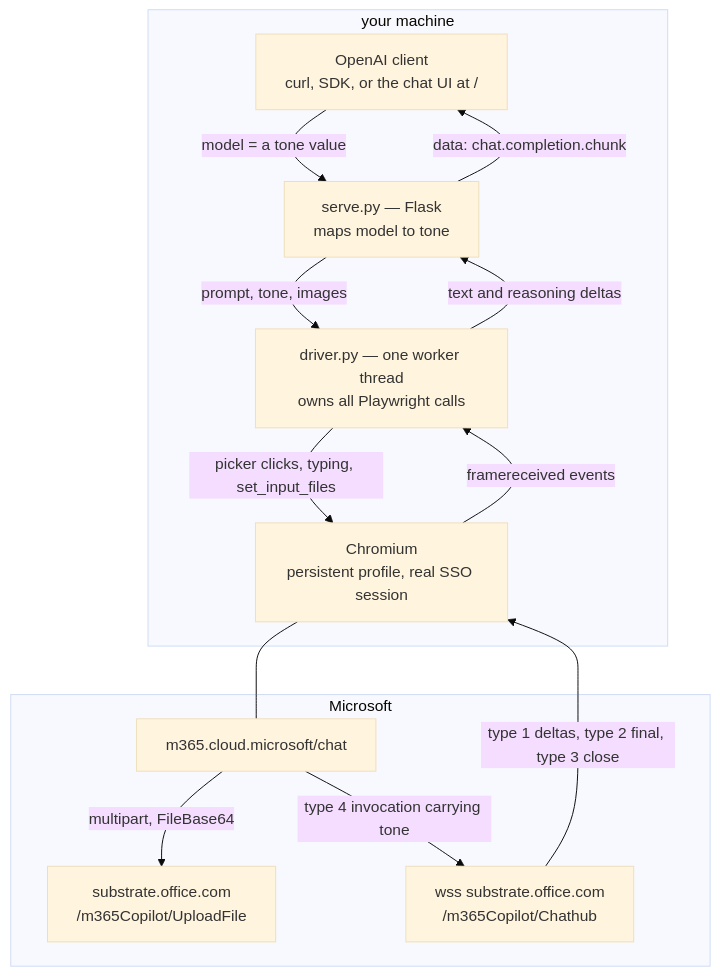
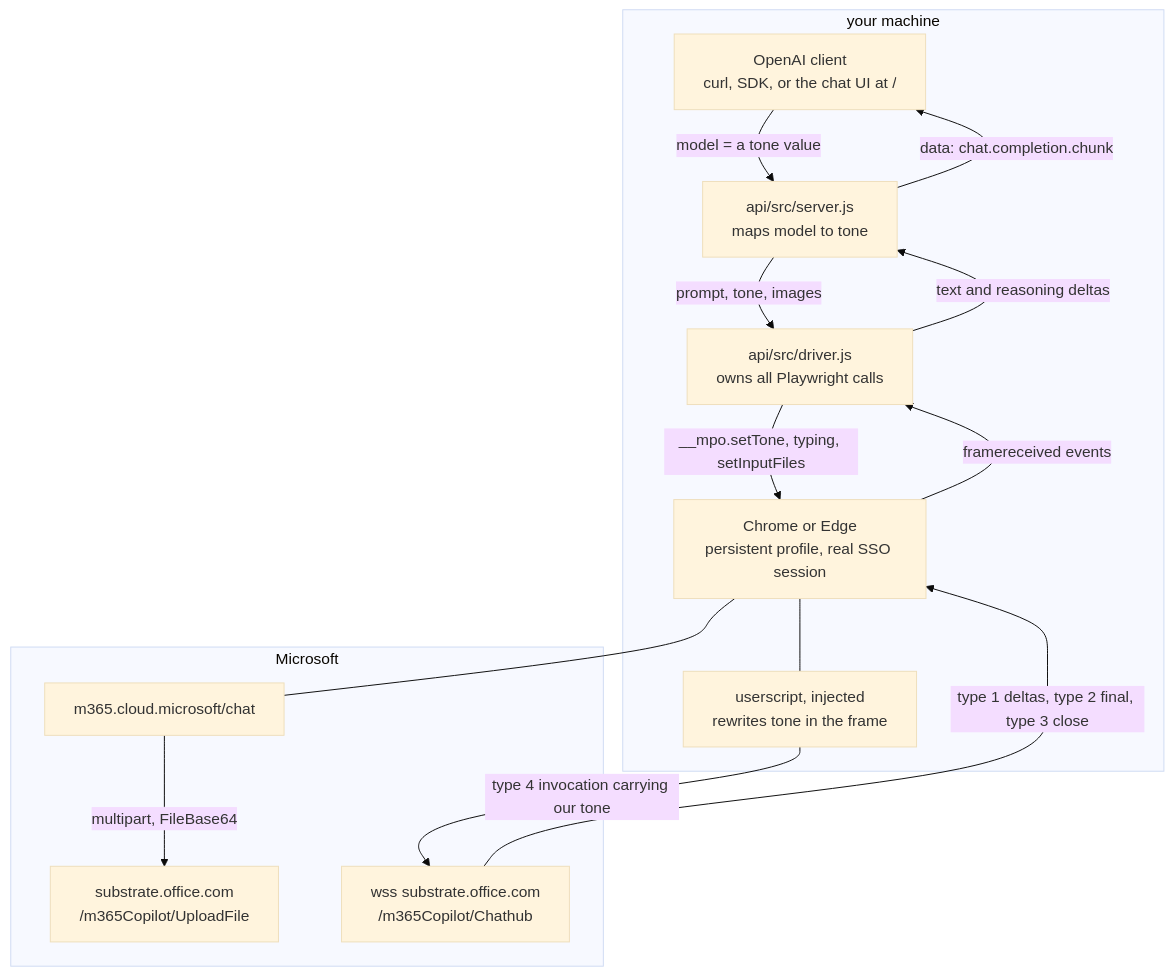
The first of 3 diagrams in README.md (aweussom/i-want-my-model-picker-back), drawn with Mermaid (base theme) before and after one commit. The commit also changed other lines of this file and 20 other files, not shown here.

First line of the commit message:
Pick the model on the wire with a userscript, and drop the installer

````diff
--- a/README.md
+++ b/README.md
@@ -111,25 +79,27 @@
 ```mermaid
 flowchart TB
     subgraph local["your machine"]
         client["OpenAI client<br/>curl, SDK, or the chat UI at /"]
-        flask["serve.py — Flask<br/>maps model to tone"]
-        driver["driver.py — one worker thread<br/>owns all Playwright calls"]
-        chromium["Chromium<br/>persistent profile, real SSO session"]
+        server["api/src/server.js<br/>maps model to tone"]
+        driver["api/src/driver.js<br/>owns all Playwright calls"]
+        chromium["Chrome or Edge<br/>persistent profile, real SSO session"]
+        us["userscript, injected<br/>rewrites tone in the frame"]
     end
     subgraph microsoft["Microsoft"]
         page["m365.cloud.microsoft/chat"]
         upload["substrate.office.com<br/>/m365Copilot/UploadFile"]
         hub["wss substrate.office.com<br/>/m365Copilot/Chathub"]
     end
 
-    client -->|"model = a tone value"| flask
-    flask -->|"prompt, tone, images"| driver
-    driver -->|"picker clicks, typing, set_input_files"| chromium
+    client -->|"model = a tone value"| server
+    server -->|"prompt, tone, images"| driver
+    driver -->|"__mpo.setTone, typing, setInputFiles"| chromium
+    chromium --- us
     chromium --- page
     page -->|"multipart, FileBase64"| upload
-    page -->|"type 4 invocation carrying tone"| hub
+    us -->|"type 4 invocation carrying our tone"| hub
     hub -->|"type 1 deltas, type 2 final, type 3 close"| chromium
     chromium -->|"framereceived events"| driver
-    driver -->|"text and reasoning deltas"| flask
-    flask -->|"data: chat.completion.chunk"| client
+    driver -->|"text and reasoning deltas"| server
+    server -->|"data: chat.completion.chunk"| client
 ```
````
